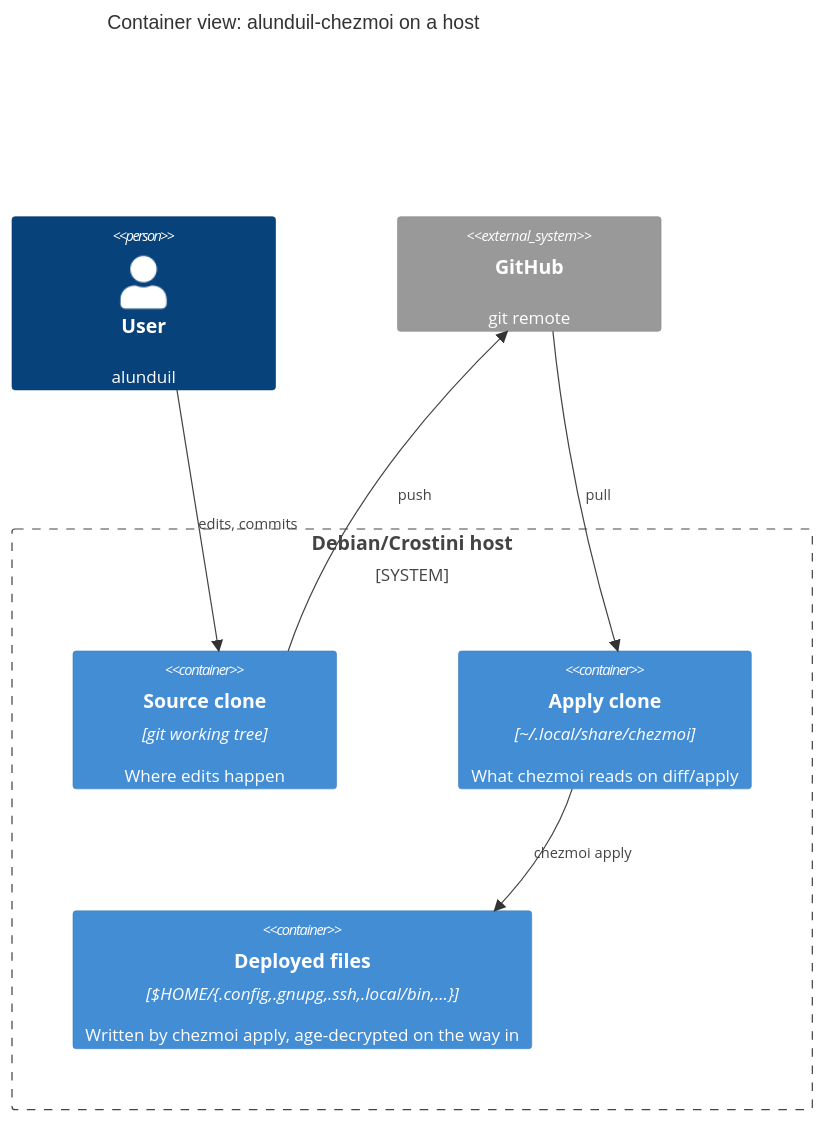
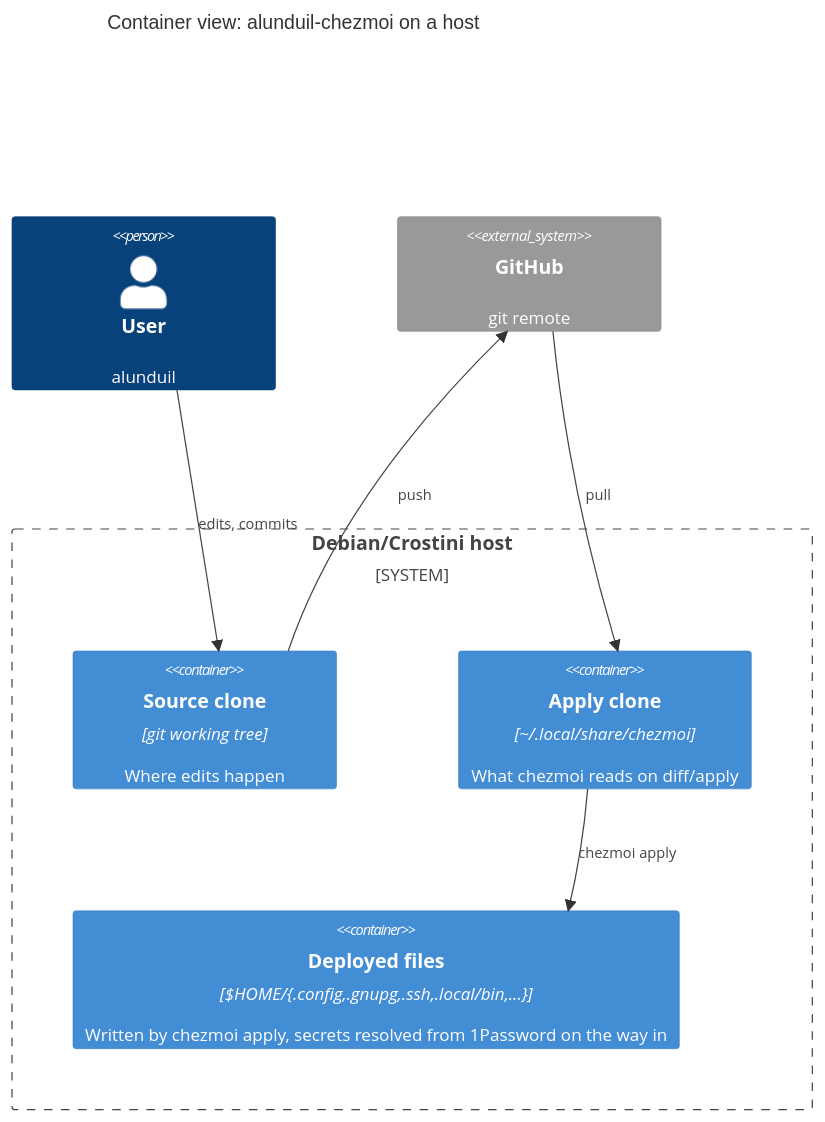
One commit to alunduil/alunduil-chezmoi changed the diagram in docs/explanation/architecture.md. Above: the diagram before and after it, drawn with Mermaid. The commit also changed other lines of this file and 6 other files, not shown here.

````diff
--- a/docs/explanation/architecture.md
+++ b/docs/explanation/architecture.md
@@ -9,18 +9,18 @@
 ```mermaid
 C4Container
     title Container view: alunduil-chezmoi on a host
 
     Person(user, "User", "alunduil")
     System_Ext(github, "GitHub", "git remote")
 
     System_Boundary(host, "Debian/Crostini host") {
         Container(source, "Source clone", "git working tree", "Where edits happen")
         Container(apply, "Apply clone", "~/.local/share/chezmoi", "What chezmoi reads on diff/apply")
-        Container(home, "Deployed files", "$HOME/{.config,.gnupg,.ssh,.local/bin,...}", "Written by chezmoi apply, age-decrypted on the way in")
+        Container(home, "Deployed files", "$HOME/{.config,.gnupg,.ssh,.local/bin,...}", "Written by chezmoi apply, secrets resolved from 1Password on the way in")
     }
 
     Rel(user, source, "edits, commits")
     Rel(source, github, "push")
     Rel(github, apply, "pull")
     Rel(apply, home, "chezmoi apply")
 ```
````
